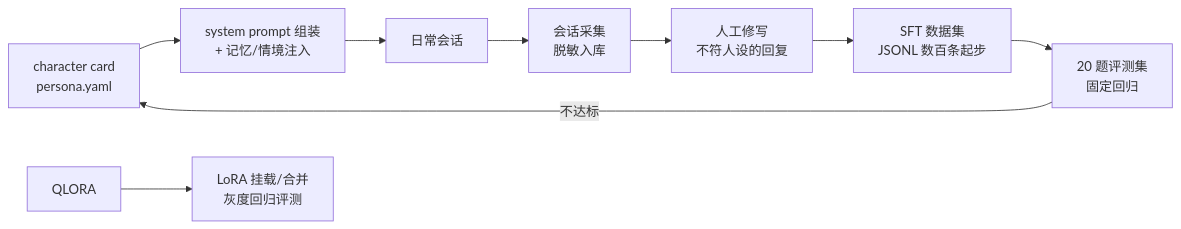
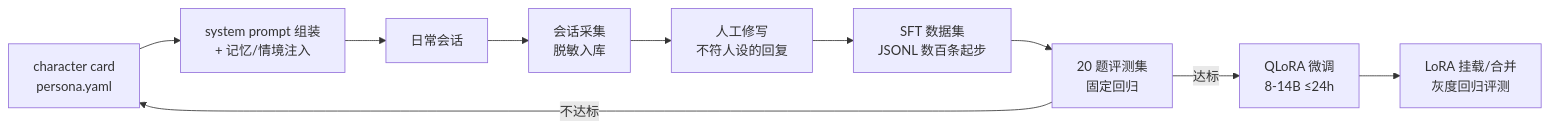
One commit to Momoyeyu/momo changed the second of 3 diagrams in docs/04-tracks/persona.md. Above: the diagram before and after it, drawn with Mermaid. The commit also changed other lines of this file and 12 other files, not shown here.

````diff
--- a/docs/04-tracks/persona.md
+++ b/docs/04-tracks/persona.md
@@ -31,11 +32,12 @@
 ```mermaid
 flowchart LR
     CARD["character card<br/>persona.yaml"] --> PROMPT["system prompt 组装<br/>+ 记忆/情境注入"]
     PROMPT --> RUN["日常会话"]
     RUN --> LOG["会话采集<br/>脱敏入库"]
     LOG --> EDIT["人工修写<br/>不符人设的回复"]
     EDIT --> DS["SFT 数据集<br/>JSONL 数百条起步"]
     DS --> EVAL["20 题评测集<br/>固定回归"]
+    EVAL -->|"达标"| QLORA["QLoRA 微调<br/>8-14B ≤24h"]
     EVAL -->|"不达标"| CARD
     QLORA --> MERGE["LoRA 挂载/合并<br/>灰度回归评测"]
 ```
````
